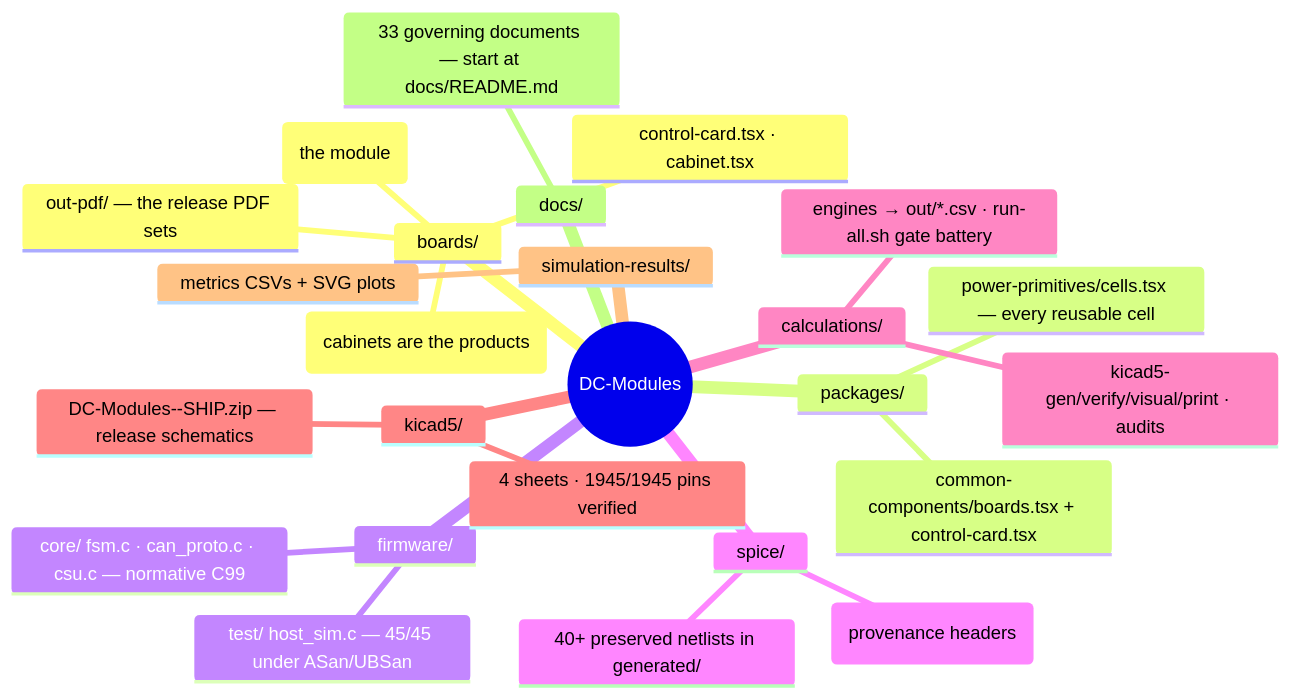
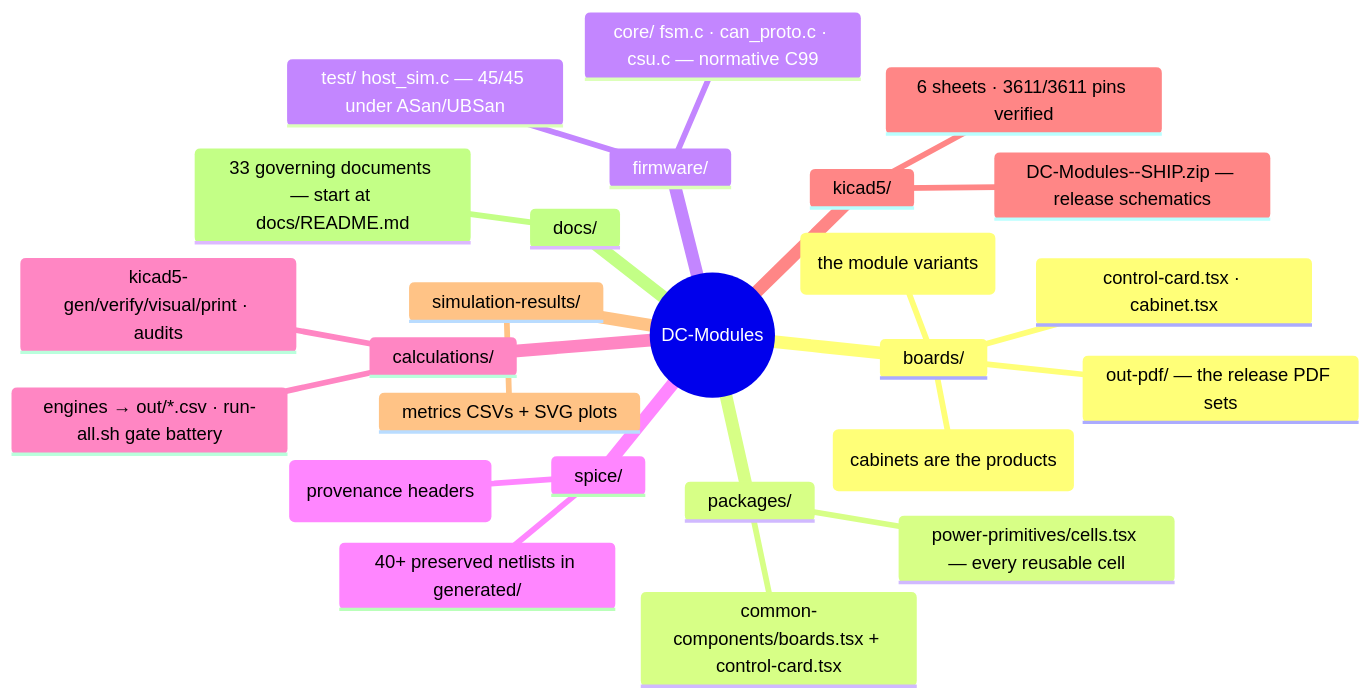
The second of 3 diagrams in README.md (vectivolt/DC-Modules), drawn with Mermaid before and after one commit. The commit also changed other lines of this file and 7 other files, not shown here.

````diff
--- a/README.md
+++ b/README.md
@@ -88,28 +97,28 @@
 ```mermaid
 mindmap
   root((DC-Modules))
     boards/
-      30kw — acdc.tsx + dcdc.tsx (the module)
+      30kw · 40kw — acdc.tsx + dcdc.tsx (the module variants)
       control-card.tsx · cabinet.tsx
       60kw/ · 120kw/ — retired references (cabinets are the products)
       out-pdf/ — the release PDF sets
     packages/
       power-primitives/cells.tsx — every reusable cell
       common-components/boards.tsx + control-card.tsx
     firmware/
       core/ fsm.c · can_proto.c · csu.c — normative C99
       test/ host_sim.c — 45/45 under ASan/UBSan
     spice/
       models/ behavioral SiC lib (provenance headers)
       40+ preserved netlists in generated/
     calculations/
       engines → out/*.csv · run-all.sh gate battery
       kicad5-gen/verify/visual/print · audits
     kicad5/
       DC-Modules-<target>-SHIP.zip — release schematics
-      4 sheets · 1945/1945 pins verified
+      6 sheets · 3611/3611 pins verified
     simulation-results/
       metrics CSVs + SVG plots
     docs/
       33 governing documents — start at docs/README.md
 ```
````
